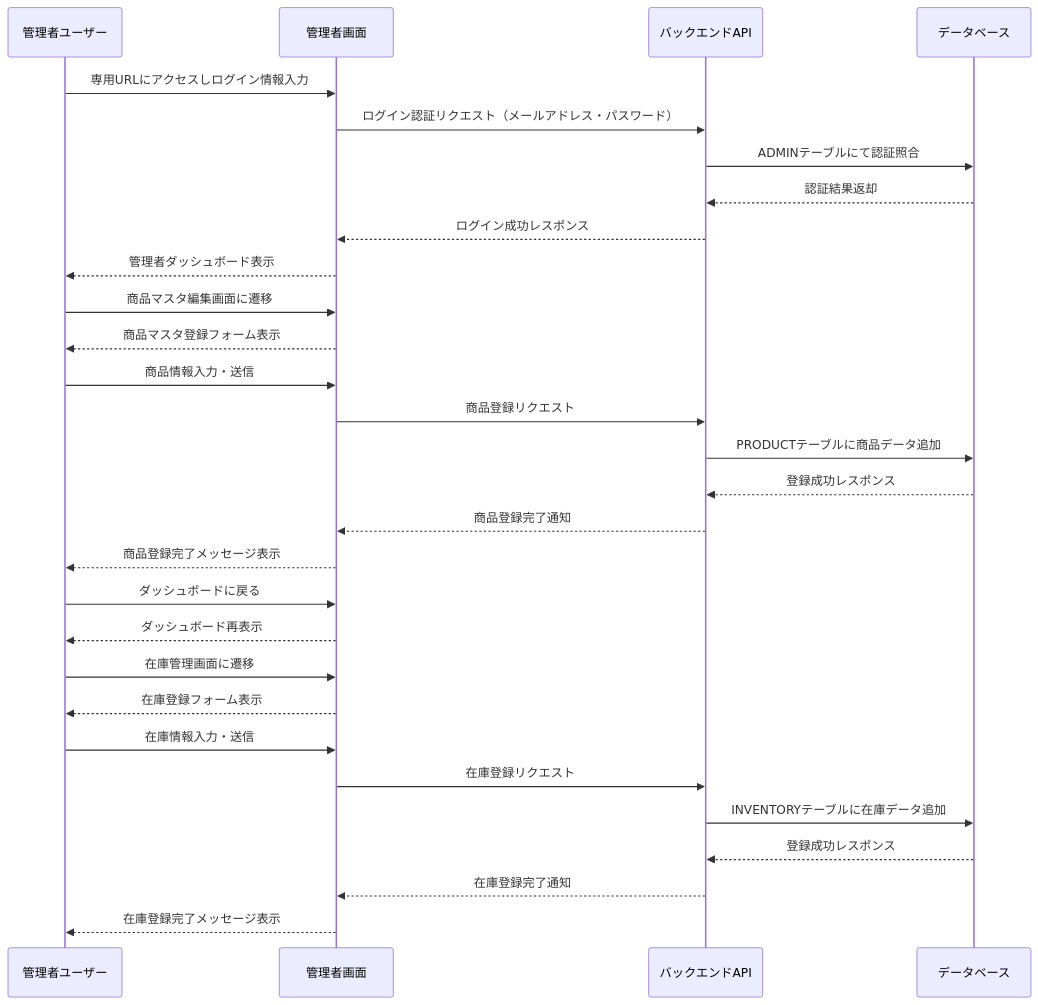
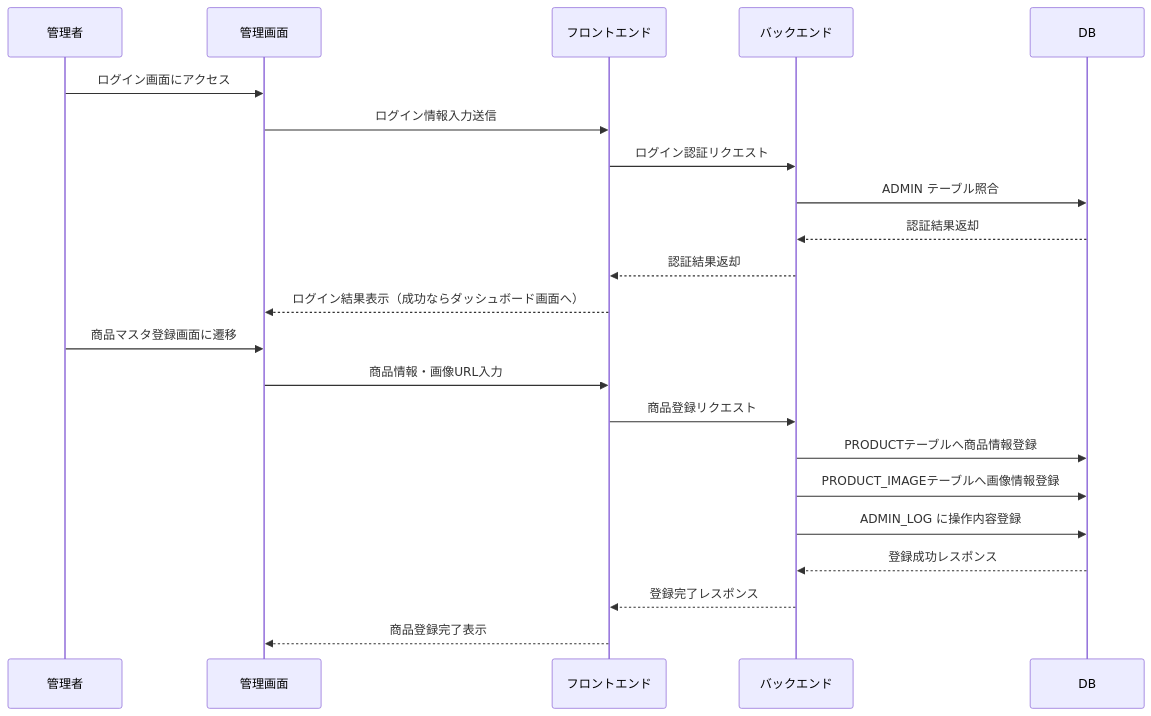
The fourth of 5 diagrams in 基本設計/D.md (YUKlT0/Equipe), drawn with Mermaid before and after one commit. The commit also changed other lines of this file, not shown here.

```diff
--- a/基本設計/D.md
+++ b/基本設計/D.md
@@ -281,37 +402,27 @@
 <div class="mermaid">
 sequenceDiagram
-    participant AdminUser as 管理者ユーザー
-    participant Web as 管理者画面
-    participant Backend as バックエンドAPI
-    participant DB as データベース
+    participant 管理者
+    participant 管理画面
+    participant フロントエンド
+    participant バックエンド
+    participant DB
 
-    %% ログイン処理
-    AdminUser->>Web: 専用URLにアクセスしログイン情報入力
-    Web->>Backend: ログイン認証リクエスト（メールアドレス・パスワード）
-    Backend->>DB: ADMINテーブルにて認証照合
-    DB-->>Backend: 認証結果返却
-    Backend-->>Web: ログイン成功レスポンス
-    Web-->>AdminUser: 管理者ダッシュボード表示
+    管理者->>管理画面: ログイン画面にアクセス
+    管理画面->>フロントエンド: ログイン情報入力送信
+    フロントエンド->>バックエンド: ログイン認証リクエスト
+    バックエンド->>DB: ADMIN テーブル照合
+    DB-->>バックエンド: 認証結果返却
+    バックエンド-->>フロントエンド: 認証結果返却
+    フロントエンド-->>管理画面: ログイン結果表示（成功ならダッシュボード画面へ）
 
-    %% 商品情報登録
-    AdminUser->>Web: 商品マスタ編集画面に遷移
-    Web-->>AdminUser: 商品マスタ登録フォーム表示
-    AdminUser->>Web: 商品情報入力・送信
-    Web->>Backend: 商品登録リクエスト
-    Backend->>DB: PRODUCTテーブルに商品データ追加
-    DB-->>Backend: 登録成功レスポンス
-    Backend-->>Web: 商品登録完了通知
-    Web-->>AdminUser: 商品登録完了メッセージ表示
+    管理者->>管理画面: 商品マスタ登録画面に遷移
+    管理画面->>フロントエンド: 商品情報・画像URL入力
+    フロントエンド->>バックエンド: 商品登録リクエスト
 
-    %% 在庫情報登録
-    AdminUser->>Web: ダッシュボードに戻る
-    Web-->>AdminUser: ダッシュボード再表示
-    AdminUser->>Web: 在庫管理画面に遷移
-    Web-->>AdminUser: 在庫登録フォーム表示
-    AdminUser->>Web: 在庫情報入力・送信
-    Web->>Backend: 在庫登録リクエスト
-    Backend->>DB: INVENTORYテーブルに在庫データ追加
-    DB-->>Backend: 登録成功レスポンス
-    Backend-->>Web: 在庫登録完了通知
-    Web-->>AdminUser: 在庫登録完了メッセージ表示
+    バックエンド->>DB: PRODUCTテーブルへ商品情報登録
+    バックエンド->>DB: PRODUCT_IMAGEテーブルへ画像情報登録
+    バックエンド->>DB: ADMIN_LOG に操作内容登録
+    DB-->>バックエンド: 登録成功レスポンス
+    バックエンド-->>フロントエンド: 登録完了レスポンス
+    フロントエンド-->>管理画面: 商品登録完了表示
 </div>
```
